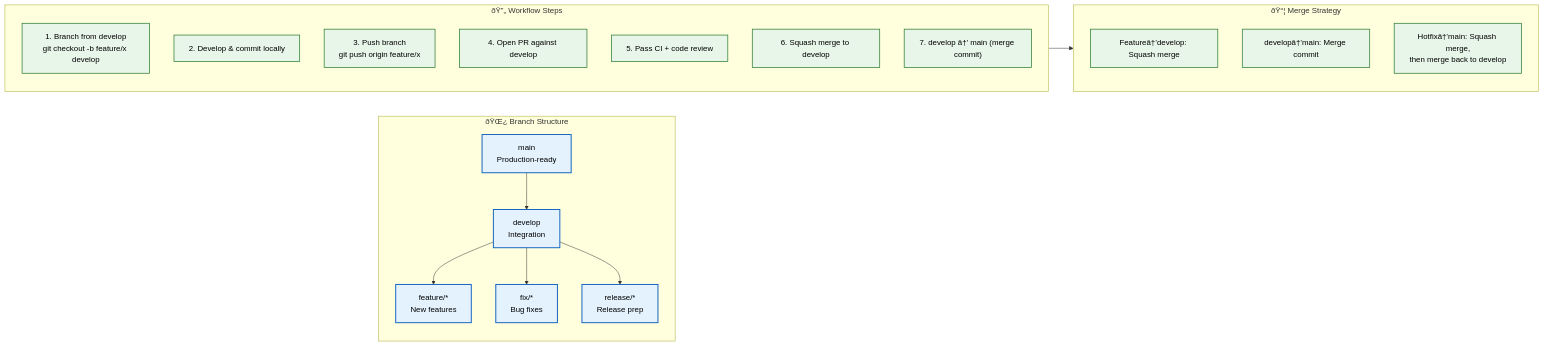
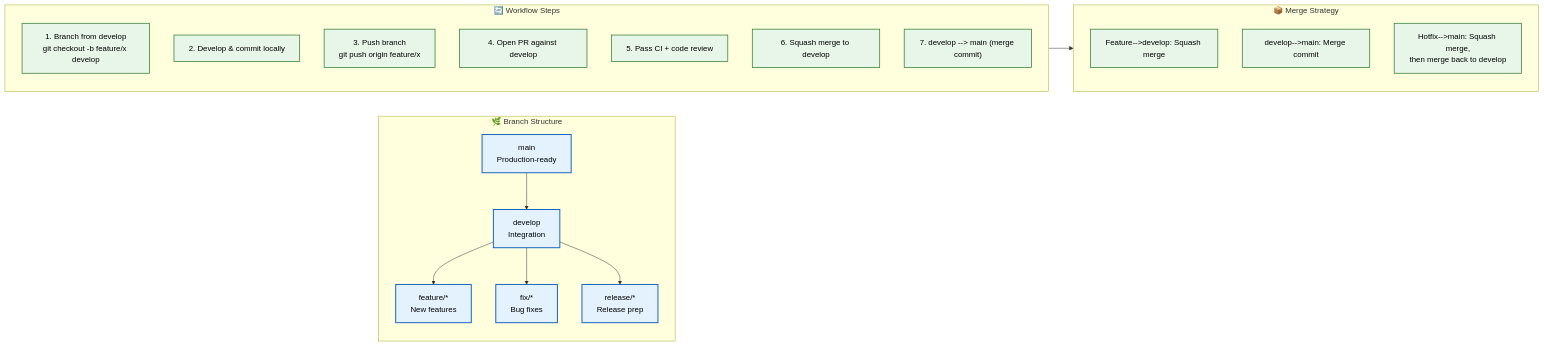
Before and after one commit to Driftloom/Vaeloom: the diagram in Docs/Engineering/Git-Workflow.md, drawn with Mermaid. The commit also changed other lines of this file and 19 other files, not shown here.

Commit message:
docs(engineering): add coding standards, commit convention, branch strategy, and workflows

````diff
--- a/Docs/Engineering/Git-Workflow.md
+++ b/Docs/Engineering/Git-Workflow.md
@@ -8,37 +8,37 @@
 ```mermaid
 graph LR
     classDef branch fill:#e3f2fd,stroke:#1565c0,color:#000,stroke-width:2px
     classDef action fill:#e8f5e9,stroke:#2e7d32,color:#000,stroke-width:1.5px
 
-    subgraph Branches["ðŸŒ¿ Branch Structure"]
+    subgraph Branches["🌿 Branch Structure"]
         MAIN["main<br/>Production-ready"]
         DEV["develop<br/>Integration"]
         FEAT["feature/*<br/>New features"]
         FIX["fix/*<br/>Bug fixes"]
         RELEASE["release/*<br/>Release prep"]
     end
 
-    subgraph Workflow["ðŸ”„ Workflow Steps"]
+    subgraph Workflow["🔄 Workflow Steps"]
         S1["1. Branch from develop<br/>git checkout -b feature/x develop"]
         S2["2. Develop & commit locally"]
         S3["3. Push branch<br/>git push origin feature/x"]
         S4["4. Open PR against develop"]
         S5["5. Pass CI + code review"]
         S6["6. Squash merge to develop"]
-        S7["7. develop â†’ main (merge commit)"]
+        S7["7. develop --> main (merge commit)"]
     end
 
-    subgraph Merge["ðŸ“¦ Merge Strategy"]
-        M1["Featureâ†’develop: Squash merge"]
-        M2["developâ†’main: Merge commit"]
-        M3["Hotfixâ†’main: Squash merge,<br/>then merge back to develop"]
+    subgraph Merge["📦 Merge Strategy"]
+        M1["Feature-->develop: Squash merge"]
+        M2["develop-->main: Merge commit"]
+        M3["Hotfix-->main: Squash merge,<br/>then merge back to develop"]
     end
 
     MAIN --> DEV
     DEV --> FEAT & FIX & RELEASE
     Workflow --> Merge
 
     class MAIN,DEV,FEAT,FIX,RELEASE branch
     class S1,S2,S3,S4,S5,S6,S7 action
     class M1,M2,M3 action
 ```
````
